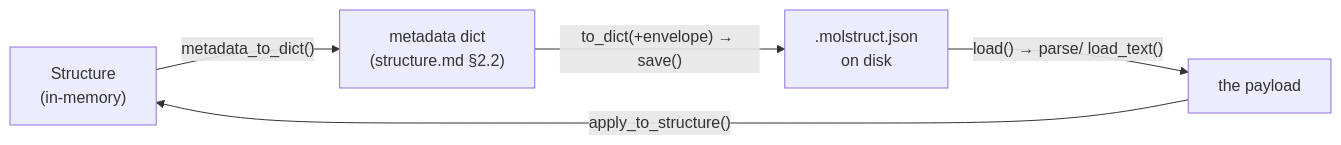
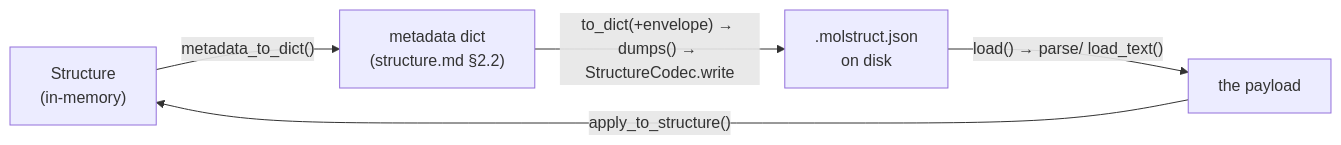
Before and after one commit to Qing-LAB/molbuilder: the diagram in docs/model/structure-molstruct.md, drawn with Mermaid. The commit also changed other lines of this file and 71 other files, not shown here.

````diff
--- a/docs/model/structure-molstruct.md
+++ b/docs/model/structure-molstruct.md
@@ -454,10 +448,10 @@
 ```mermaid
 flowchart LR
     ST["Structure<br/>(in-memory)"]
     MD["metadata dict<br/>(structure.md §2.2)"]
     JSON[".molstruct.json<br/>on disk"]
     ST -- "metadata_to_dict()" --> MD
-    MD -- "to_dict(+envelope) → save()" --> JSON
+    MD -- "to_dict(+envelope) → dumps() → StructureCodec.write" --> JSON
     JSON -- "load() → parse/ load_text()" --> MD2["the payload"]
     MD2 -- "apply_to_structure()" --> ST
 ```
````
